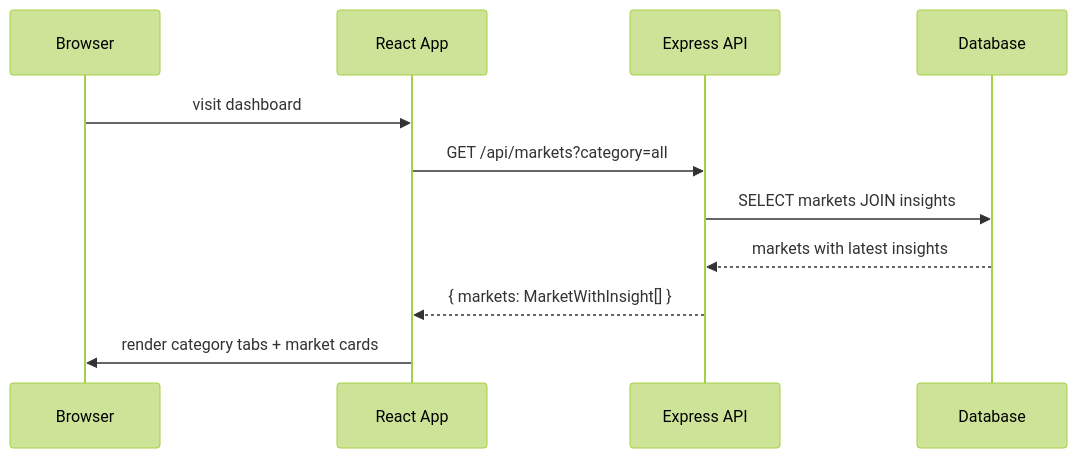
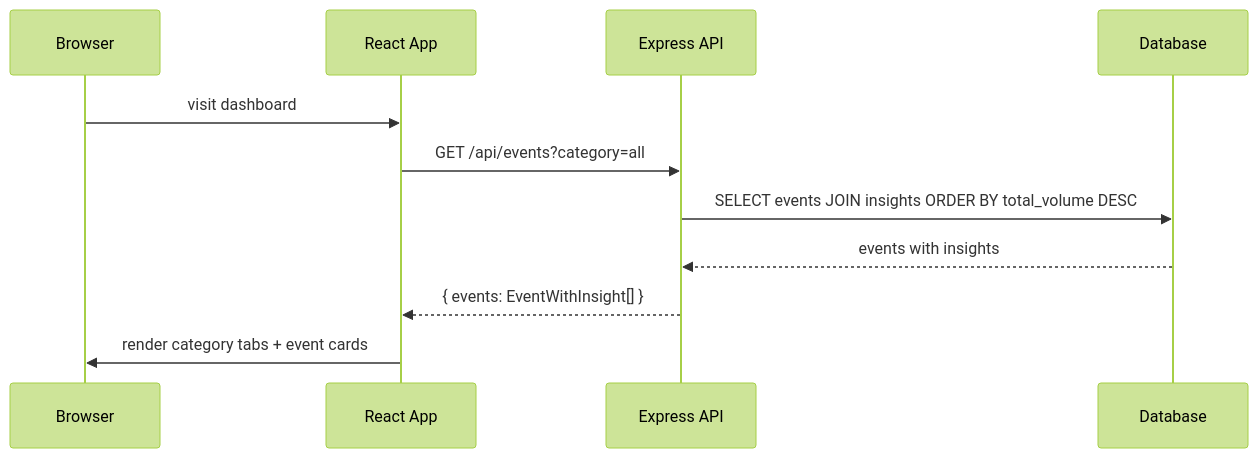
The fourth of 5 diagrams in README.md (chakane0/eco), drawn with Mermaid (forest theme) before and after one commit. The commit also changed other lines of this file and 5 other files, not shown here.

````diff
--- a/README.md
+++ b/README.md
@@ -120,14 +315,14 @@
 ```mermaid
 sequenceDiagram
     participant User as Browser
     participant React as React App
     participant API as Express API
     participant DB as Database
 
     User->>React: visit dashboard
-    React->>API: GET /api/markets?category=all
-    API->>DB: SELECT markets JOIN insights
-    DB-->>API: markets with latest insights
-    API-->>React: { markets: MarketWithInsight[] }
-    React->>User: render category tabs + market cards
+    React->>API: GET /api/events?category=all
+    API->>DB: SELECT events JOIN insights ORDER BY total_volume DESC
+    DB-->>API: events with insights
+    API-->>React: { events: EventWithInsight[] }
+    React->>User: render category tabs + event cards
 ```
````
